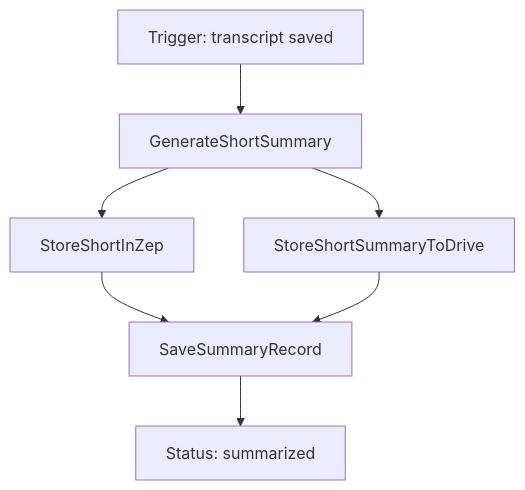
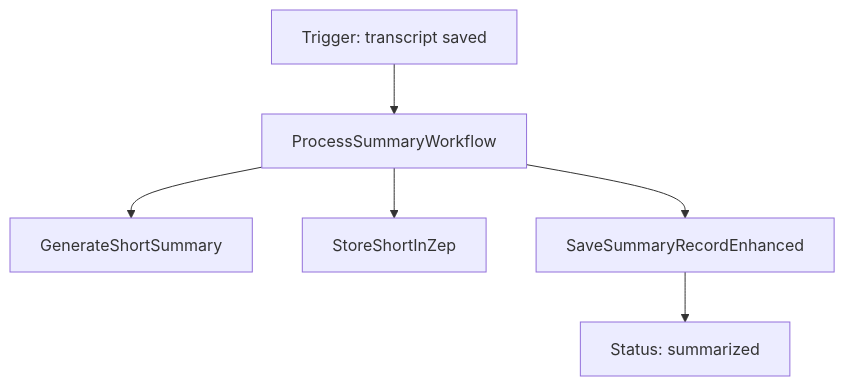
The diagram in autopiloot/docs/charts/summarizer_agent.md (raynmakers/autopiloot-agents), drawn with Mermaid before and after one commit. The commit also changed 7 other files, not shown here.

First line of the commit message:
refactor: consolidate transcript storage tools into single SaveTranscriptRecord

````diff
--- a/autopiloot/docs/charts/summarizer_agent.md
+++ b/autopiloot/docs/charts/summarizer_agent.md
@@ -3,9 +3,8 @@
 ```mermaid
 flowchart TD
-  A[Trigger: transcript saved] --> B[GenerateShortSummary]
-  B --> C[StoreShortInZep]
-  B --> D[StoreShortSummaryToDrive]
-  C --> E[SaveSummaryRecord]
-  D --> E
-  E --> F[Status: summarized]
+  A[Trigger: transcript saved] --> P[ProcessSummaryWorkflow]
+  P --> B[GenerateShortSummary]
+  P --> C[StoreShortInZep]
+  P --> D[SaveSummaryRecordEnhanced]
+  D --> E[Status: summarized]
 ```
````
